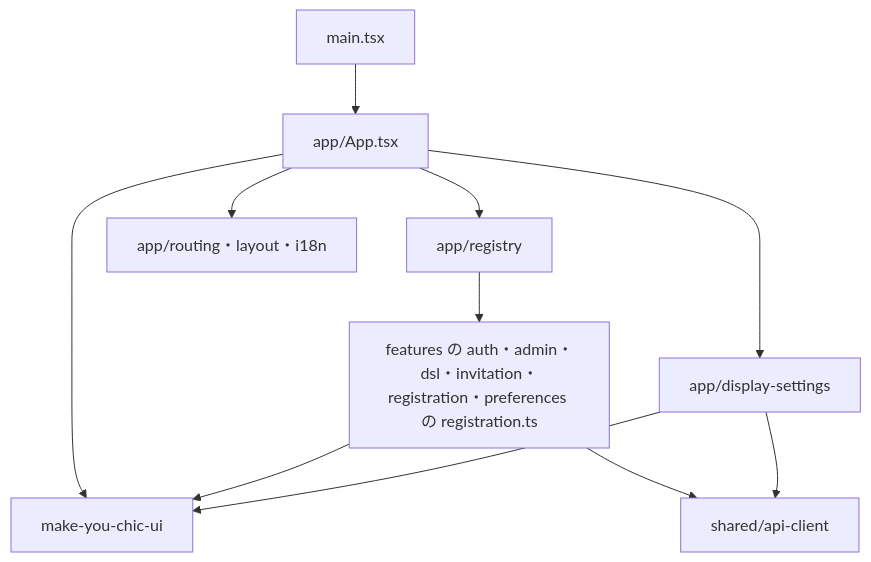
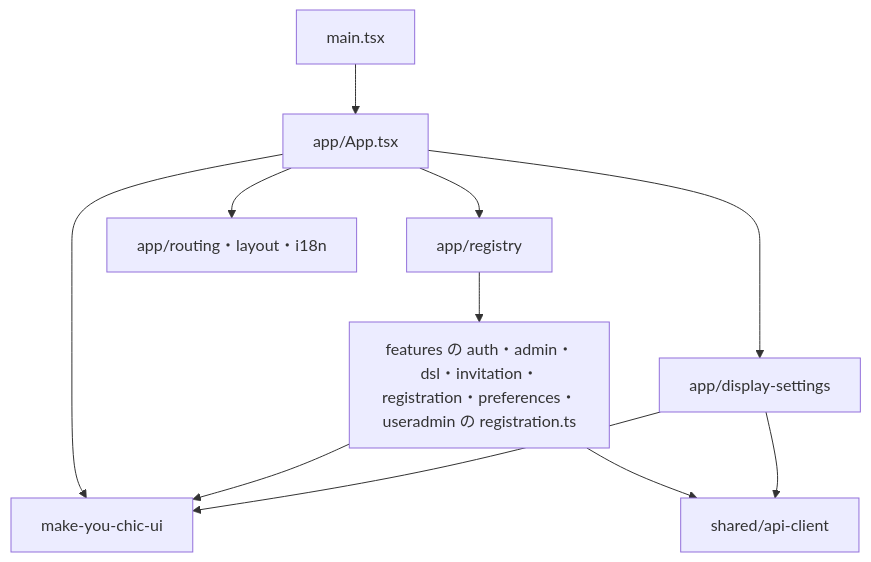
The second of 2 diagrams in aidlc/spaces/default/codekb/mastersmith2/dependencies.md (agwlvssainokuni/mastersmith2), drawn with Mermaid before and after one commit. The commit also changed other lines of this file and 14 other files, not shown here.

````diff
--- a/aidlc/spaces/default/codekb/mastersmith2/dependencies.md
+++ b/aidlc/spaces/default/codekb/mastersmith2/dependencies.md
@@ -98,13 +106,13 @@
 ```mermaid
 flowchart TD
   main["main.tsx"] --> app["app/App.tsx"]
   app --> myc["make-you-chic-ui"]
   app --> disp["app/display-settings"]
   app --> registry["app/registry"]
   app --> routing["app/routing・layout・i18n"]
-  registry --> features["features の auth・admin・dsl・invitation・registration・preferences の registration.ts"]
+  registry --> features["features の auth・admin・dsl・invitation・registration・preferences・useradmin の registration.ts"]
   features --> apic["shared/api-client"]
   features --> myc
   disp --> apic
   disp --> myc
 ```
````
